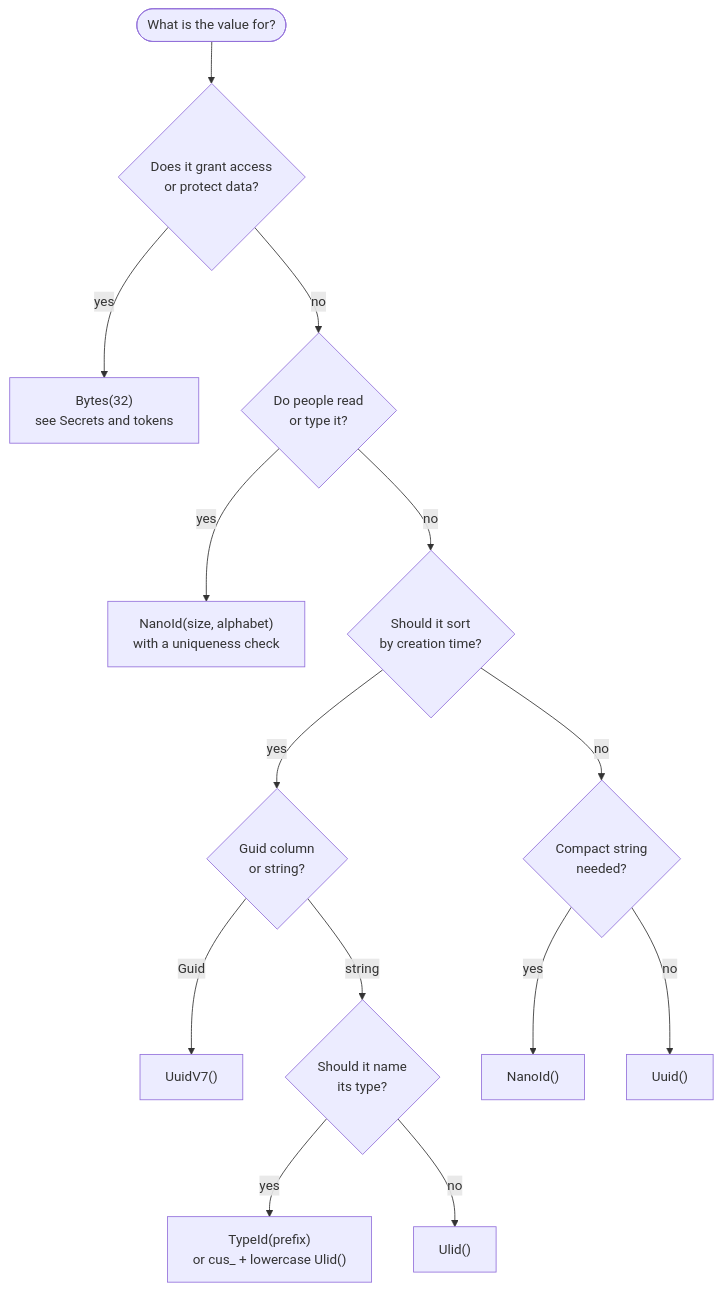
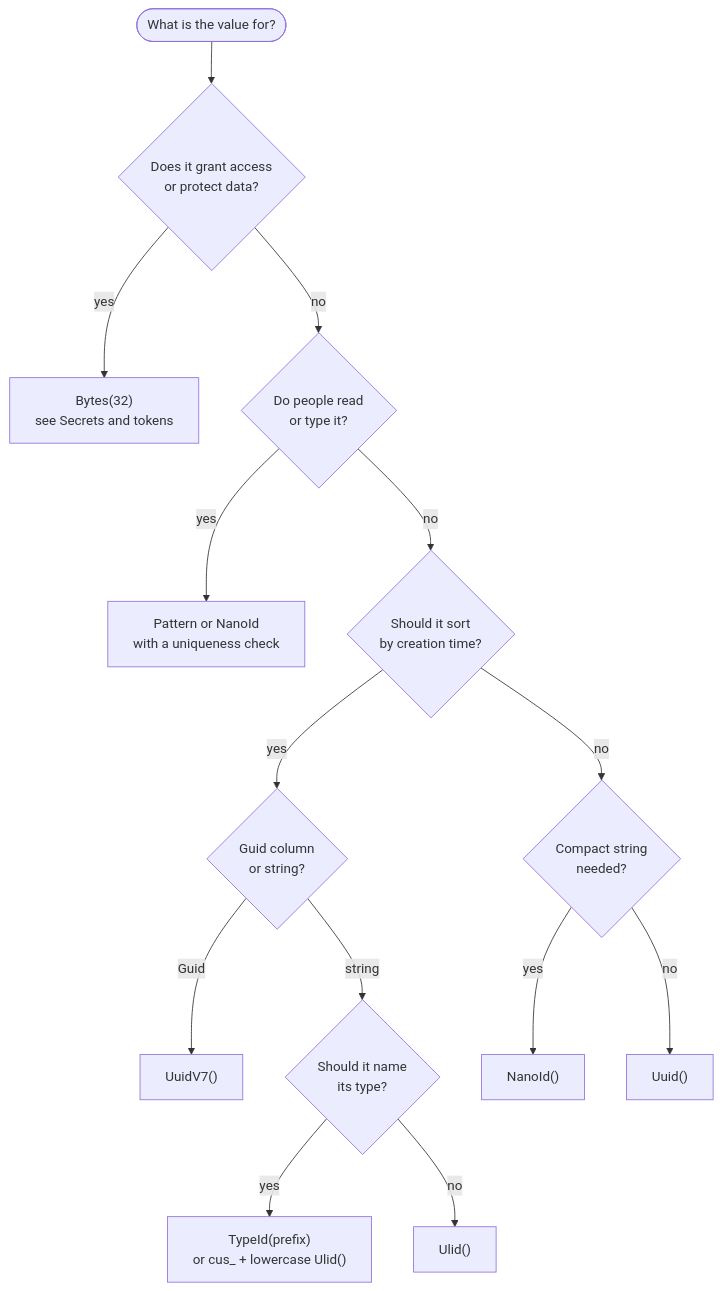
Before and after one commit to Cratis/Fundamentals: the diagram in Documentation/csharp/generating-values/choosing-a-strategy.md, drawn with Mermaid. The commit also changed other lines of this file and 7 other files, not shown here.

````diff
--- a/Documentation/csharp/generating-values/choosing-a-strategy.md
+++ b/Documentation/csharp/generating-values/choosing-a-strategy.md
@@ -11,16 +11,16 @@
 ```mermaid
 flowchart TD
     Start([What is the value for?]) --> Secret{Does it grant access<br/>or protect data?}
     Secret -- yes --> Bytes["Bytes(32)<br/>see Secrets and tokens"]
     Secret -- no --> Human{Do people read<br/>or type it?}
-    Human -- yes --> Short["NanoId(size, alphabet)<br/>with a uniqueness check"]
+    Human -- yes --> Short["Pattern or NanoId<br/>with a uniqueness check"]
     Human -- no --> Order{Should it sort<br/>by creation time?}
     Order -- yes --> Shape{Guid column<br/>or string?}
     Shape -- Guid --> V7["UuidV7()"]
     Shape -- string --> Named{Should it name<br/>its type?}
     Named -- yes --> Typed["TypeId(prefix)<br/>or cus_ + lowercase Ulid()"]
     Named -- no --> Ulid["Ulid()"]
     Order -- no --> Url{Compact string<br/>needed?}
     Url -- yes --> Nano["NanoId()"]
     Url -- no --> Uuid["Uuid()"]
 ```
````
